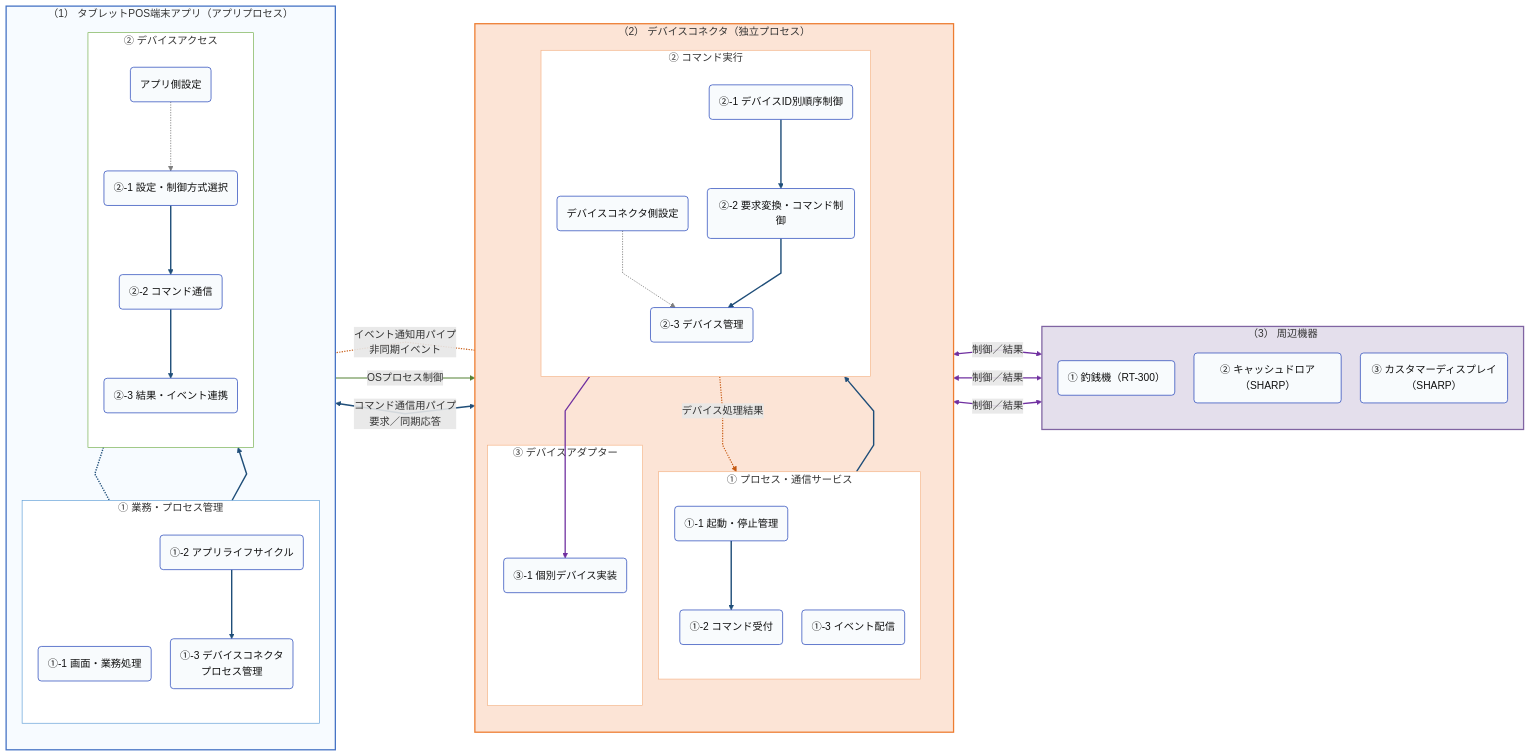
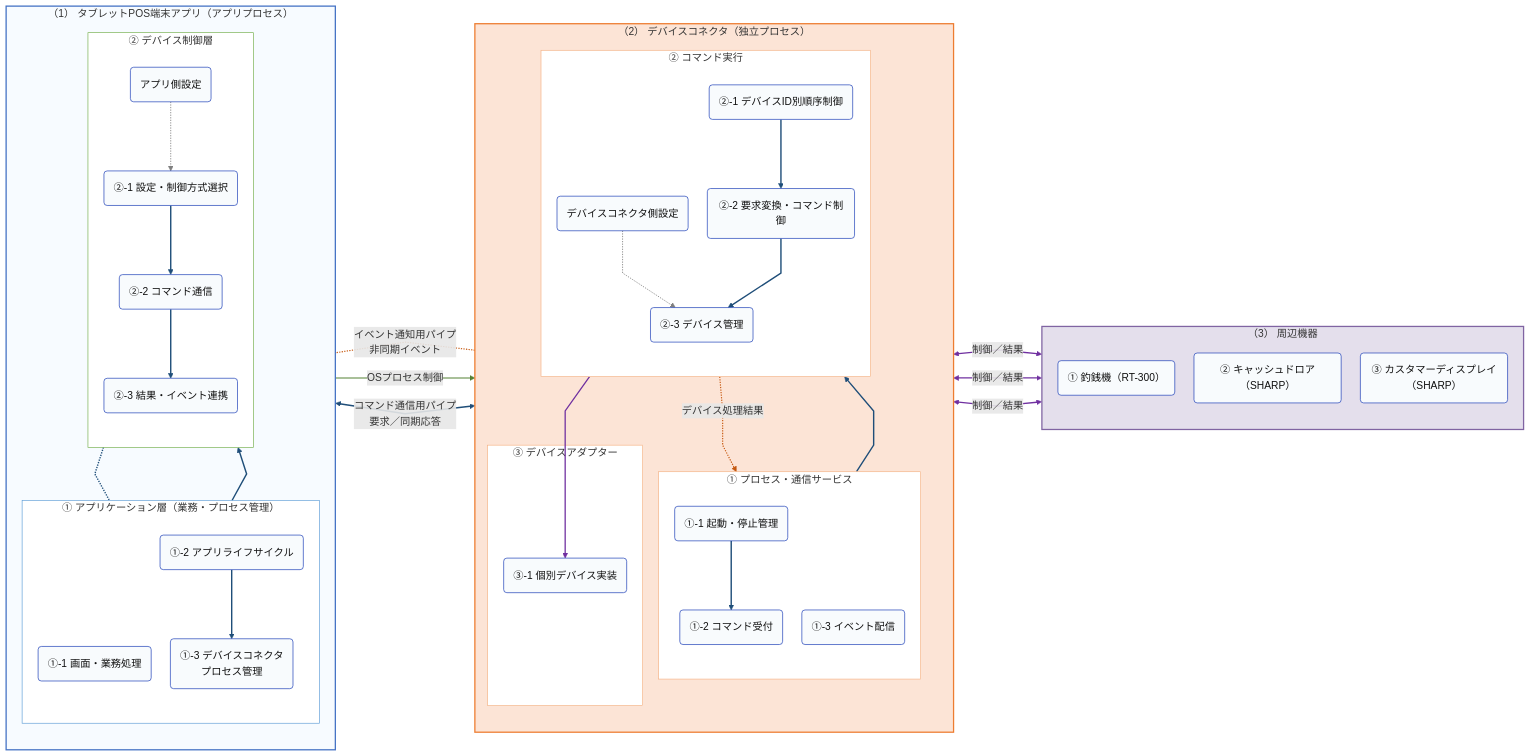
The second of 3 diagrams in artifacts/reports/architecture/ARCH-HOST-01_タブレットPOS_デバイスコネクタ基本設計書/ARCH-HOST-01_タブレットPOS_デバイスコネクタ基本設計書.md (vti-sam/smj-ks-pos-stored), drawn with Mermaid before and after one commit. The commit also changed other lines of this file and 31 other files, not shown here.

````diff
--- a/artifacts/reports/architecture/ARCH-HOST-01_タブレットPOS_デバイスコネクタ基本設計書/ARCH-HOST-01_タブレットPOS_デバイスコネクタ基本設計書.md
+++ b/artifacts/reports/architecture/ARCH-HOST-01_タブレットPOS_デバイスコネクタ基本設計書/ARCH-HOST-01_タブレットPOS_デバイスコネクタ基本設計書.md
@@ -227,81 +231,81 @@
 ```mermaid
 %%{init: {"flowchart": {"defaultRenderer": "dagre", "curve": "linear", "nodeSpacing": 30, "rankSpacing": 58}}}%%
 flowchart RL
     subgraph APP["（1） タブレットPOS端末アプリ（アプリプロセス）"]
         direction TB
-        subgraph APP_COORD["① 業務・プロセス管理"]
+        subgraph APP_COORD["① アプリケーション層（業務・プロセス管理）"]
             direction TB
             BUSINESS("①-1 画面・業務処理")
             LIFECYCLE("①-2 アプリライフサイクル")
             PROCESS("①-3 デバイスコネクタ<br/>プロセス管理")
             LIFECYCLE --> PROCESS
         end
-        subgraph APP_ACCESS["② デバイスアクセス"]
+        subgraph APP_ACCESS["② デバイス制御層"]
             direction TB
             APP_SETTING("アプリ側設定")
             SELECT("②-1 設定・制御方式選択")
             COMMAND("②-2 コマンド通信")
             RESULT("②-3 結果・イベント連携")
             APP_SETTING -.-> SELECT
             SELECT --> COMMAND --> RESULT
         end
         BUSINESS --> SELECT
         RESULT -.- BUSINESS
     end
 
     subgraph HOST["（2） デバイスコネクタ（独立プロセス）"]
         direction TB
         subgraph HOST_SERVICE["① プロセス・通信サービス"]
             direction TB
             RUNTIME("①-1 起動・停止管理")
             SERVER("①-2 コマンド受付")
             EVENT("①-3 イベント配信")
             RUNTIME --> SERVER
         end
         subgraph HOST_EXEC["② コマンド実行"]
             direction TB
             HOST_SETTING("デバイスコネクタ側設定")
             ORDER("②-1 デバイスID別順序制御")
             CONTROL("②-2 要求変換・コマンド制御")
             MANAGER("②-3 デバイス管理")
             HOST_SETTING -.-> MANAGER
             ORDER --> CONTROL --> MANAGER
         end
         subgraph HOST_ADAPTER["③ デバイスアダプター"]
             ADAPTER("③-1 個別デバイス実装")
         end
         SERVER --> ORDER
         MANAGER --> ADAPTER
         MANAGER -.->|デバイス処理結果| EVENT
     end
 
     subgraph DEVICE["（3） 周辺機器"]
         direction TB
         CASH("① 釣銭機（RT-300）")
         DRAWER("② キャッシュドロア（SHARP）")
         DISPLAY("③ カスタマーディスプレイ（SHARP）")
     end
 
     PROCESS -->|OSプロセス制御| RUNTIME
     COMMAND <-->|コマンド通信用パイプ<br/>要求／同期応答| SERVER
     EVENT -.-|イベント通知用パイプ<br/>非同期イベント| RESULT
     CASH <-->|制御／結果| ADAPTER
     DRAWER <-->|制御／結果| ADAPTER
     DISPLAY <-->|制御／結果| ADAPTER
 
     classDef component fill:#F8FBFD,stroke:#0D32B2,color:#111111
     class BUSINESS,LIFECYCLE,PROCESS,APP_SETTING,SELECT,COMMAND,RESULT,RUNTIME,SERVER,EVENT,HOST_SETTING,ORDER,CONTROL,MANAGER,ADAPTER,CASH,DRAWER,DISPLAY component
     style APP fill:#F7FBFF,stroke:#4472C4,stroke-width:2px
     style APP_COORD fill:#FFFFFF,stroke:#5B9BD5
     style APP_ACCESS fill:#FFFFFF,stroke:#70AD47
     style HOST fill:#FCE4D6,stroke:#ED7D31,stroke-width:2px
     style HOST_SERVICE fill:#FFFFFF,stroke:#F4B183
     style HOST_EXEC fill:#FFFFFF,stroke:#F4B183
     style HOST_ADAPTER fill:#FFFFFF,stroke:#F4B183
     style DEVICE fill:#E4DFEC,stroke:#8064A2,stroke-width:2px
     linkStyle 0,2,3,4,5,6,8,9,10,14 stroke:#1F4E79,stroke-width:2.2px
     linkStyle 1,7 stroke:#7F7F7F,stroke-width:1.3px
     linkStyle 12,15 stroke:#C65911,stroke-width:1.8px
     linkStyle 13 stroke:#548235,stroke-width:1.8px
     linkStyle 11,16,17,18 stroke:#7030A0,stroke-width:2px
 ```
````
